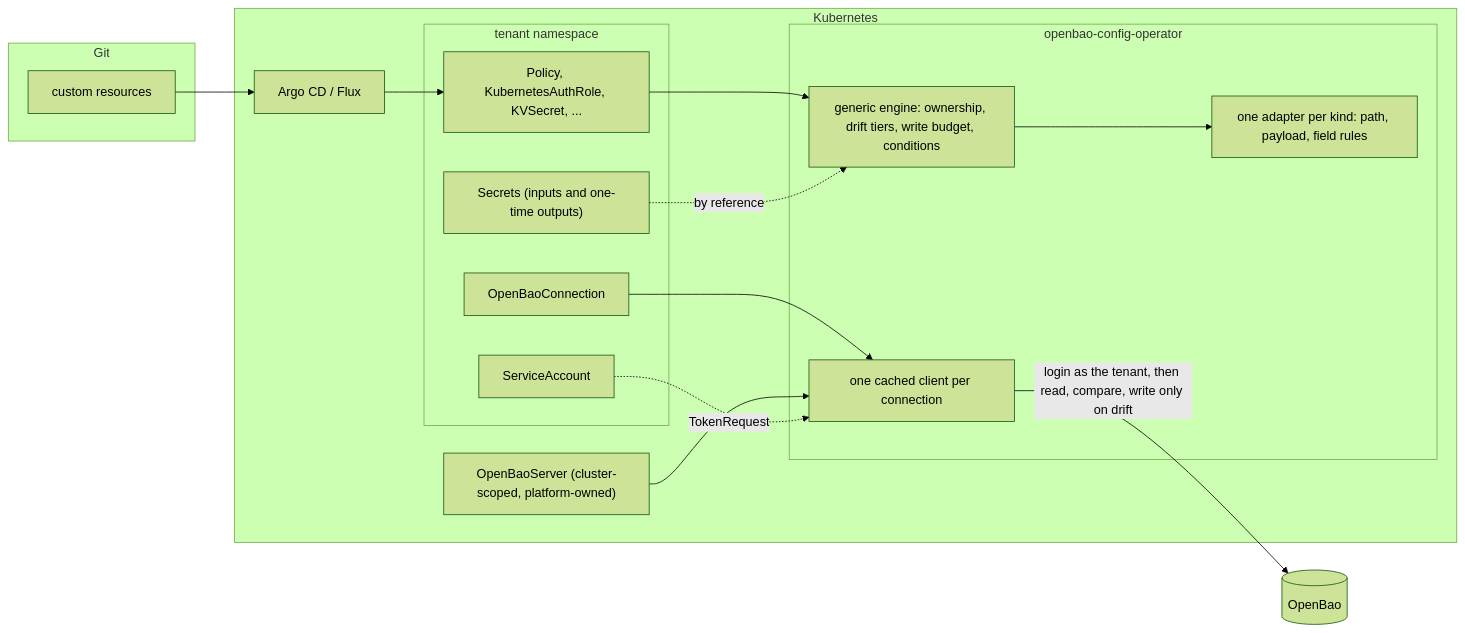
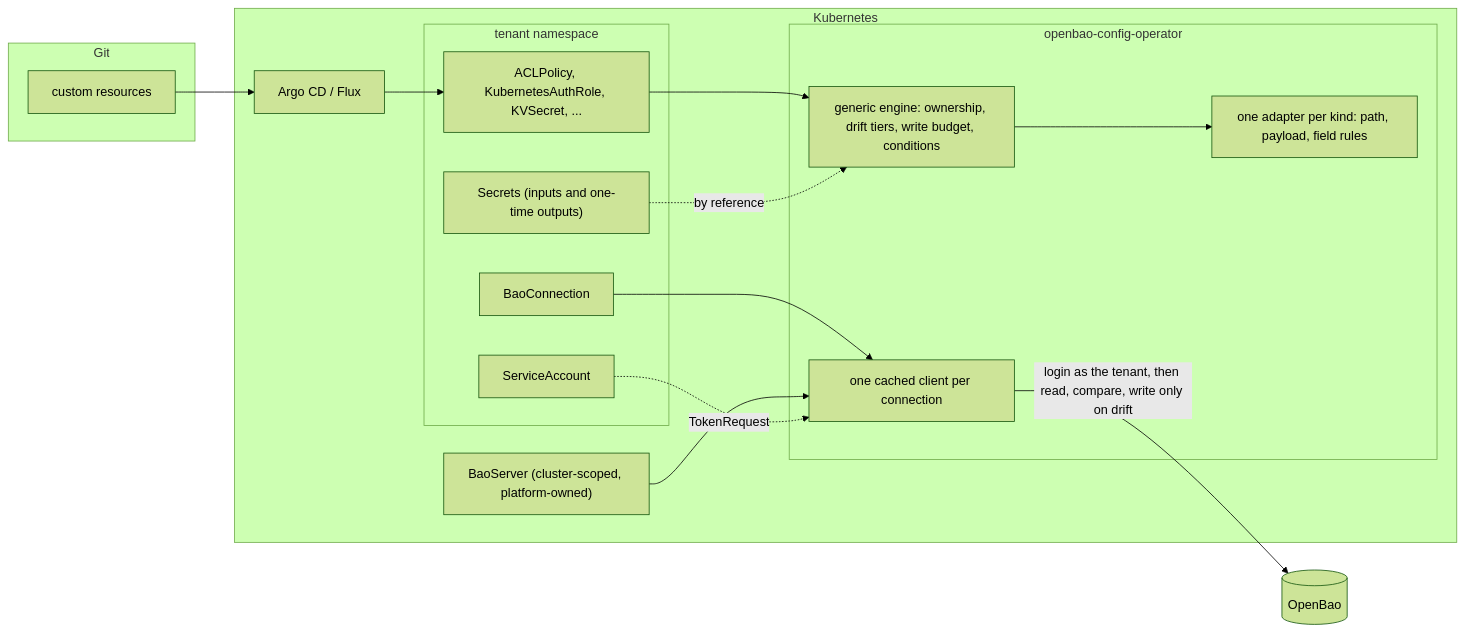
One commit to alexandrust88/openbao-config-operator changed the diagram in README.md. Above: the diagram before and after it, drawn with Mermaid (forest theme). The commit also changed other lines of this file and 1591 other files, not shown here.

````diff
--- a/README.md
+++ b/README.md
@@ -54,30 +58,30 @@
 ```mermaid
 flowchart LR
   subgraph git["Git"]
     yaml["custom resources"]
   end
   subgraph k8s["Kubernetes"]
     gitops["Argo CD / Flux"]
     subgraph tenant["tenant namespace"]
-      crs["Policy, KubernetesAuthRole, KVSecret, ..."]
-      conn["OpenBaoConnection"]
+      crs["ACLPolicy, KubernetesAuthRole, KVSecret, ..."]
+      conn["BaoConnection"]
       sa["ServiceAccount"]
       sec["Secrets (inputs and one-time outputs)"]
     end
-    server["OpenBaoServer (cluster-scoped, platform-owned)"]
+    server["BaoServer (cluster-scoped, platform-owned)"]
     subgraph op["openbao-config-operator"]
       engine["generic engine: ownership, drift tiers, write budget, conditions"]
       adapters["one adapter per kind: path, payload, field rules"]
       cache["one cached client per connection"]
     end
   end
   bao[("OpenBao")]
   yaml --> gitops --> crs
   crs --> engine
   engine --> adapters
   conn --> cache
   server --> cache
   sa -. "TokenRequest" .-> cache
   sec -. "by reference" .-> engine
   cache -- "login as the tenant, then read, compare, write only on drift" --> bao
 ```
````
